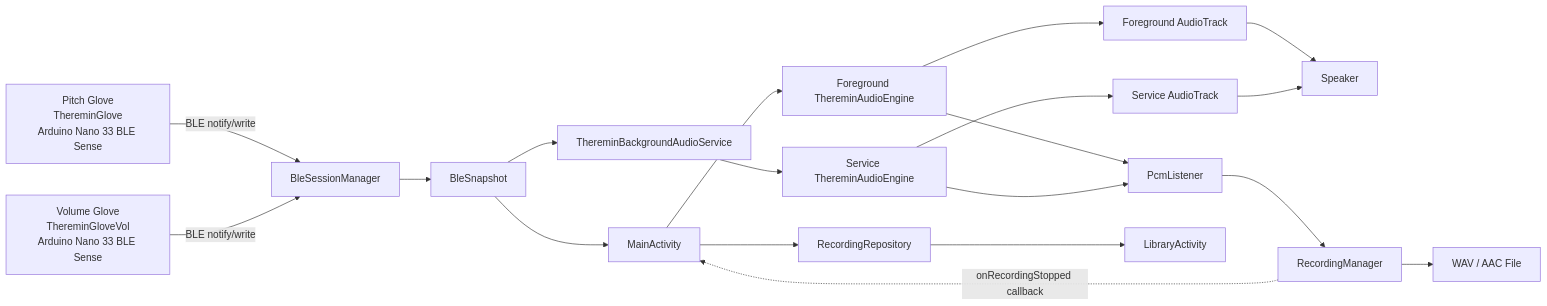
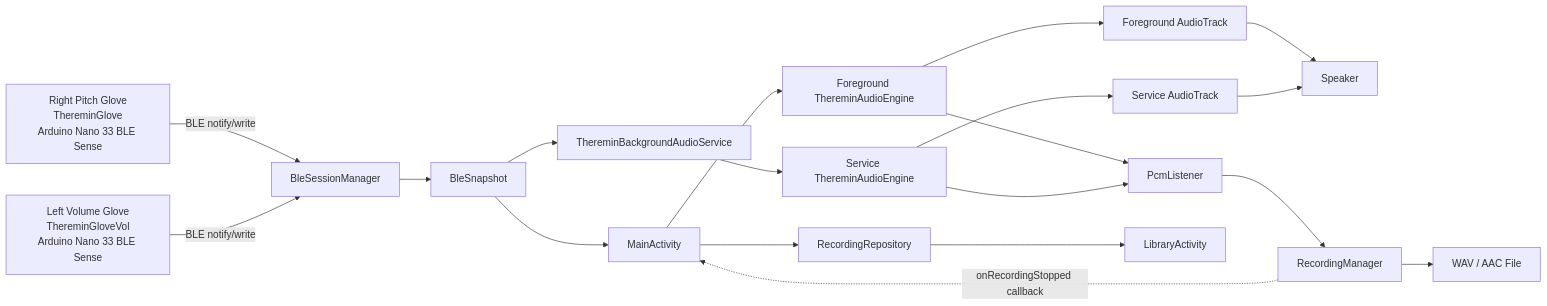
The first of 8 diagrams in docs/01_Design_Document.md (nirthikkaa/ELEC-390), drawn with Mermaid before and after one commit. The commit also changed other lines of this file and 16 other files, not shown here.

````diff
--- a/docs/01_Design_Document.md
+++ b/docs/01_Design_Document.md
@@ -27,33 +27,33 @@
 ```mermaid
 flowchart LR
-    A[Pitch Glove<br/>ThereminGlove<br/>Arduino Nano 33 BLE Sense]
-    B[Volume Glove<br/>ThereminGloveVol<br/>Arduino Nano 33 BLE Sense]
+    A[Right Pitch Glove<br/>ThereminGlove<br/>Arduino Nano 33 BLE Sense]
+    B[Left Volume Glove<br/>ThereminGloveVol<br/>Arduino Nano 33 BLE Sense]
     C[BleSessionManager]
     D[BleSnapshot]
     E[MainActivity]
     F[ThereminBackgroundAudioService]
     G[Foreground ThereminAudioEngine]
     H[Service ThereminAudioEngine]
     I[Foreground AudioTrack]
     J[Service AudioTrack]
     K[Speaker]
     L[PcmListener]
     M[RecordingManager]
     N[WAV / AAC File]
     O[RecordingRepository]
     P[LibraryActivity]
 
     A -->|BLE notify/write| C
     B -->|BLE notify/write| C
     C --> D
     D --> E
     D --> F
     E --> G
     F --> H
     G --> I --> K
     H --> J --> K
     G --> L --> M --> N
     H --> L
     M -.onRecordingStopped callback.-> E
     E --> O --> P
 ```
````
